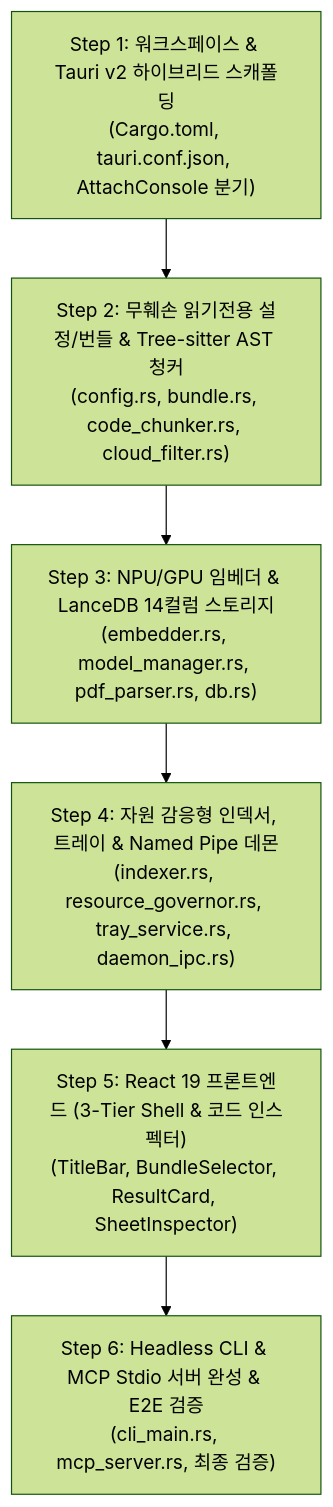
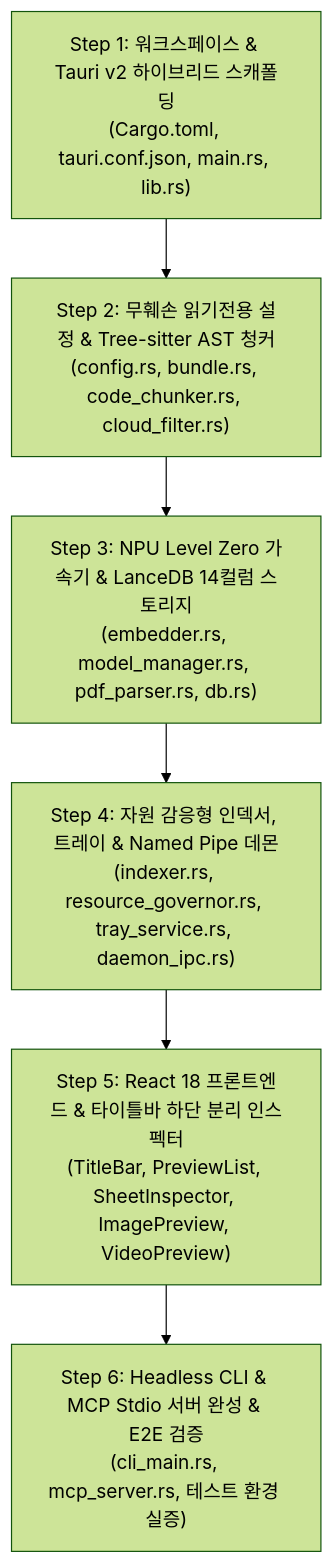
Before and after one commit to azovlive/RAG_EmbeddingGemma2: the diagram in doc/RAG_EG2_앱작성_작업계획서.md, drawn with Mermaid (forest theme). The commit also changed other lines of this file and 8 other files, not shown here.

````diff
--- a/doc/RAG_EG2_앱작성_작업계획서.md
+++ b/doc/RAG_EG2_앱작성_작업계획서.md
@@ -34,8 +33,8 @@
 ```mermaid
 flowchart TD
-    S1["Step 1: 워크스페이스 & Tauri v2 하이브리드 스캐폴딩\n(Cargo.toml, tauri.conf.json, AttachConsole 분기)"] --> S2["Step 2: 무훼손 읽기전용 설정/번들 & Tree-sitter AST 청커\n(config.rs, bundle.rs, code_chunker.rs, cloud_filter.rs)"]
-    S2 --> S3["Step 3: NPU/GPU 임베더 & LanceDB 14컬럼 스토리지\n(embedder.rs, model_manager.rs, pdf_parser.rs, db.rs)"]
+    S1["Step 1: 워크스페이스 & Tauri v2 하이브리드 스캐폴딩\n(Cargo.toml, tauri.conf.json, main.rs, lib.rs)"] --> S2["Step 2: 무훼손 읽기전용 설정 & Tree-sitter AST 청커\n(config.rs, bundle.rs, code_chunker.rs, cloud_filter.rs)"]
+    S2 --> S3["Step 3: NPU Level Zero 가속기 & LanceDB 14컬럼 스토리지\n(embedder.rs, model_manager.rs, pdf_parser.rs, db.rs)"]
     S3 --> S4["Step 4: 자원 감응형 인덱서, 트레이 & Named Pipe 데몬\n(indexer.rs, resource_governor.rs, tray_service.rs, daemon_ipc.rs)"]
-    S4 --> S5["Step 5: React 19 프론트엔드 (3-Tier Shell & 코드 인스펙터)\n(TitleBar, BundleSelector, ResultCard, SheetInspector)"]
-    S5 --> S6["Step 6: Headless CLI & MCP Stdio 서버 완성 & E2E 검증\n(cli_main.rs, mcp_server.rs, 최종 검증)"]
+    S4 --> S5["Step 5: React 18 프론트엔드 & 타이틀바 하단 분리 인스펙터\n(TitleBar, PreviewList, SheetInspector, ImagePreview, VideoPreview)"]
+    S5 --> S6["Step 6: Headless CLI & MCP Stdio 서버 완성 & E2E 검증\n(cli_main.rs, mcp_server.rs, 테스트 환경 실증)"]
 ```
````
